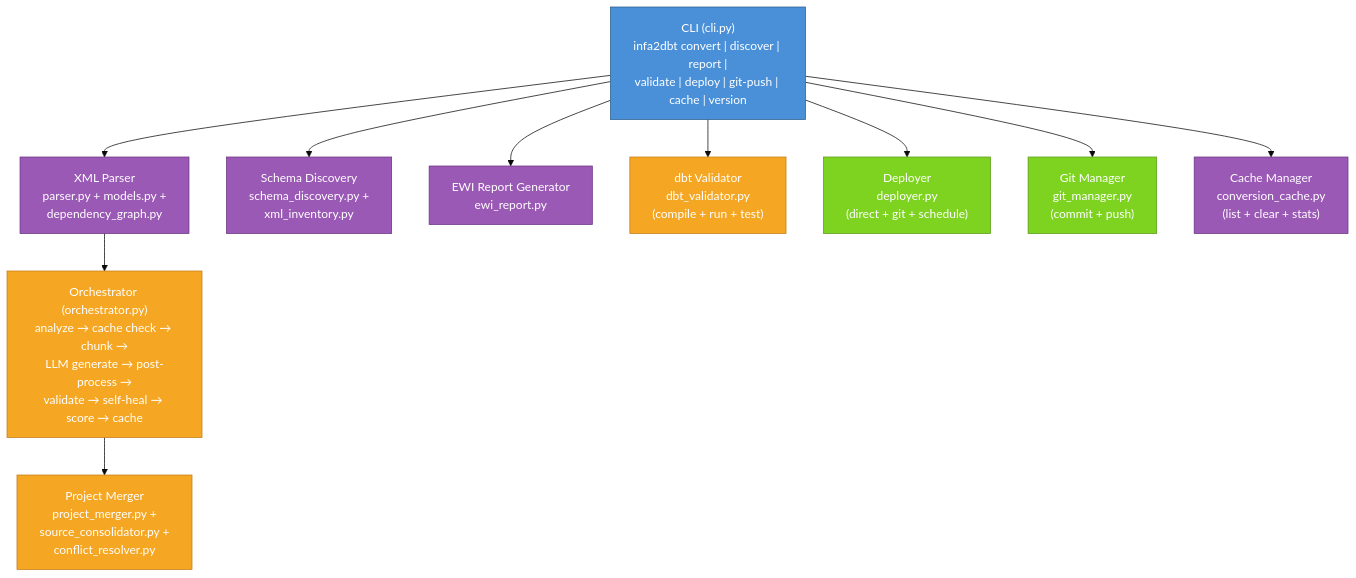
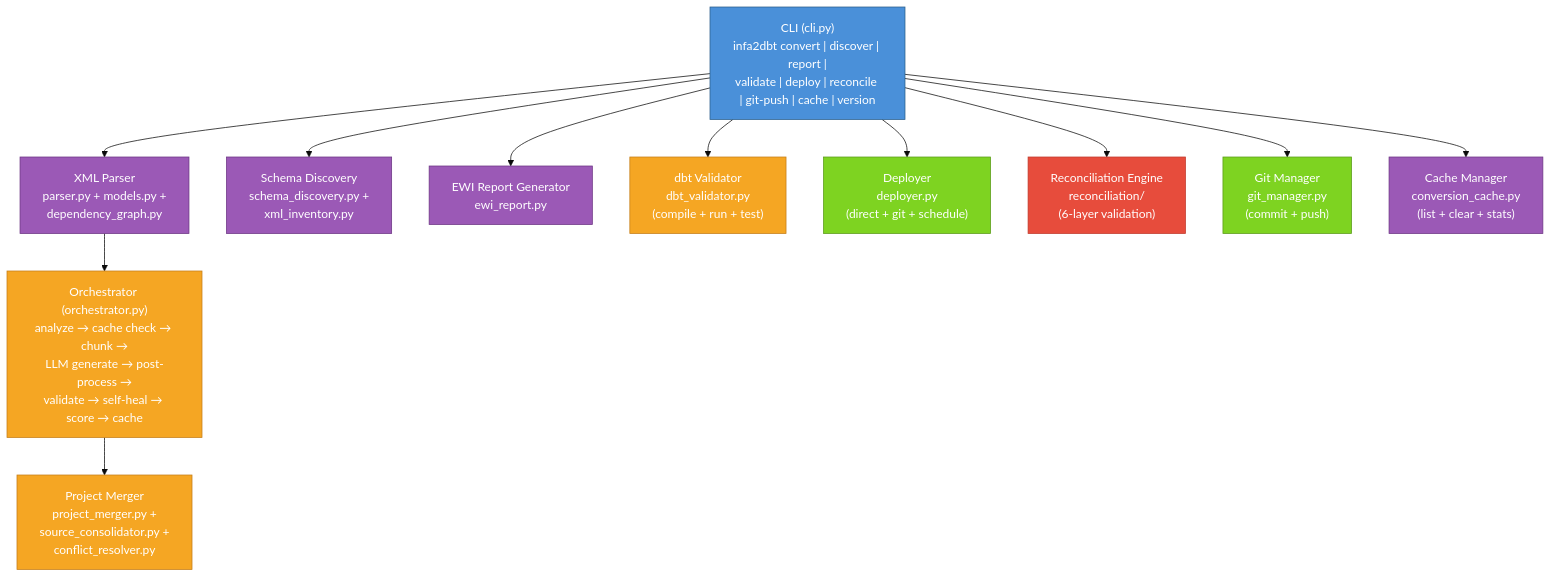
The eighth of 13 diagrams in datamodel/Final_Reviewd_Version/v2_production_ready_v1/Technical_Design_Document.md (vicky437-ai/snowflake_rbac_tagging), drawn with Mermaid (base theme) before and after one commit. The commit also changed other lines of this file and 3 other files, not shown here.

````diff
--- a/datamodel/Final_Reviewd_Version/v2_production_ready_v1/Technical_Design_Document.md
+++ b/datamodel/Final_Reviewd_Version/v2_production_ready_v1/Technical_Design_Document.md
@@ -447,27 +456,29 @@
 ```mermaid
 flowchart TB
-    CLI["CLI (cli.py)\ninfa2dbt convert | discover | report |\nvalidate | deploy | git-push | cache | version"]
+    CLI["CLI (cli.py)\ninfa2dbt convert | discover | report |\nvalidate | deploy | reconcile | git-push | cache | version"]
 
     CLI --> PARSER["XML Parser\nparser.py + models.py +\ndependency_graph.py"]
     CLI --> DISCO["Schema Discovery\nschema_discovery.py +\nxml_inventory.py"]
     CLI --> REPORT["EWI Report Generator\newi_report.py"]
     CLI --> VALID["dbt Validator\ndbt_validator.py\n(compile + run + test)"]
     CLI --> DEPLOYER["Deployer\ndeployer.py\n(direct + git + schedule)"]
+    CLI --> RECONM["Reconciliation Engine\nreconciliation/\n(6-layer validation)"]
     CLI --> GITM["Git Manager\ngit_manager.py\n(commit + push)"]
     CLI --> CACHM["Cache Manager\nconversion_cache.py\n(list + clear + stats)"]
 
     PARSER --> ORCH["Orchestrator (orchestrator.py)\nanalyze → cache check → chunk →\nLLM generate → post-process →\nvalidate → self-heal → score → cache"]
 
     ORCH --> MERGER["Project Merger\nproject_merger.py +\nsource_consolidator.py +\nconflict_resolver.py"]
 
     style CLI fill:#4A90D9,stroke:#2C5F8A,color:#fff
     style PARSER fill:#9B59B6,stroke:#6C3483,color:#fff
     style DISCO fill:#9B59B6,stroke:#6C3483,color:#fff
     style REPORT fill:#9B59B6,stroke:#6C3483,color:#fff
     style VALID fill:#F5A623,stroke:#C47D1A,color:#fff
     style DEPLOYER fill:#7ED321,stroke:#5A9A18,color:#fff
+    style RECONM fill:#E74C3C,stroke:#C0392B,color:#fff
     style GITM fill:#7ED321,stroke:#5A9A18,color:#fff
     style CACHM fill:#9B59B6,stroke:#6C3483,color:#fff
     style ORCH fill:#F5A623,stroke:#C47D1A,color:#fff
     style MERGER fill:#F5A623,stroke:#C47D1A,color:#fff
 ```
````
